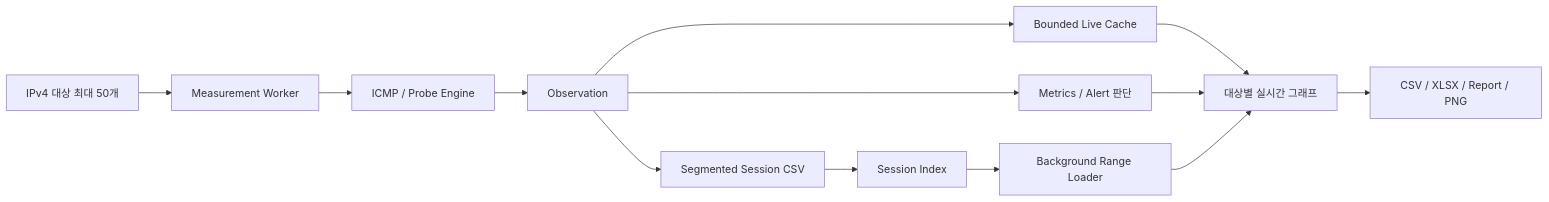
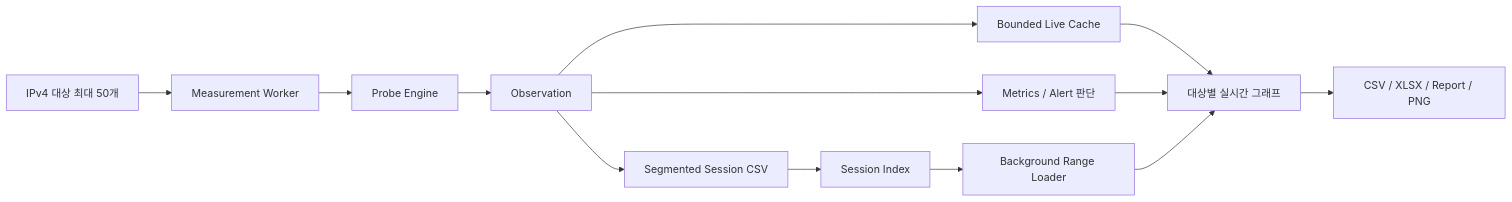
The diagram in README.md (sebia1993/ping), drawn with Mermaid before and after one commit. The commit also changed other lines of this file, not shown here.

````diff
--- a/README.md
+++ b/README.md
@@ -63,19 +63,19 @@
 ```mermaid
 flowchart LR
     IP["IPv4 대상 최대 50개"] --> W["Measurement Worker"]
-    W --> P["ICMP / Probe Engine"]
+    W --> P["Probe Engine"]
     P --> O["Observation"]
 
     O --> M["Metrics / Alert 판단"]
     O --> LIVE["Bounded Live Cache"]
     O --> LOG["Segmented Session CSV"]
 
     LIVE --> UI["대상별 실시간 그래프"]
     M --> UI
 
     LOG --> IDX["Session Index"]
     IDX --> LOADER["Background Range Loader"]
     LOADER --> UI
 
     UI --> EXP["CSV / XLSX / Report / PNG"]
 ```
````
